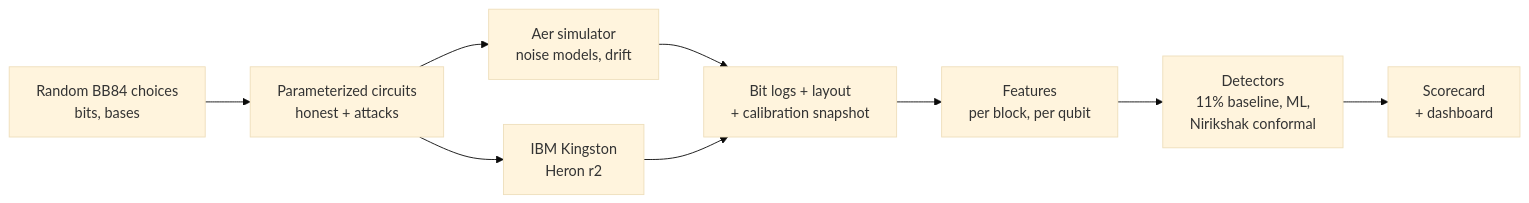
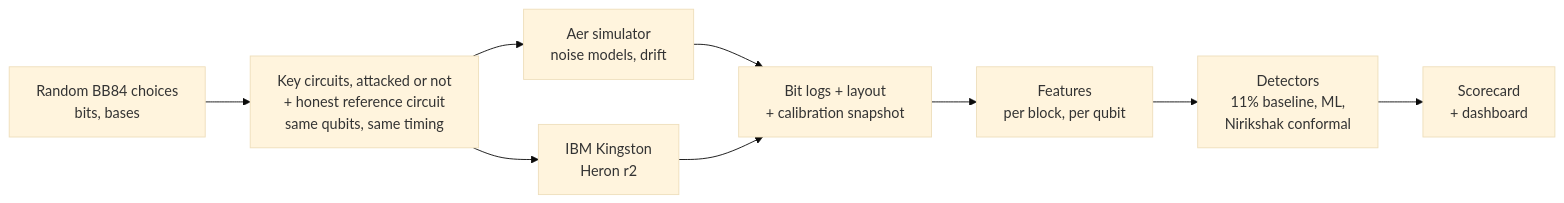
Before and after one commit to vtu-qiskit-fall-fest-2026/vtu-hc-essential-engineers: the diagram in README.md, drawn with Mermaid (base theme). The commit also changed other lines of this file and 6 other files, not shown here.

````diff
--- a/README.md
+++ b/README.md
@@ -114,11 +125,11 @@
 ```mermaid
 flowchart LR
-    A[Random BB84 choices<br/>bits, bases] --> B[Parameterized circuits<br/>honest + attacks]
+    A[Random BB84 choices<br/>bits, bases] --> B[Key circuits, attacked or not<br/>+ honest reference circuit<br/>same qubits, same timing]
     B --> C1[Aer simulator<br/>noise models, drift]
     B --> C2[IBM Kingston<br/>Heron r2]
     C1 --> D[Bit logs + layout<br/>+ calibration snapshot]
     C2 --> D
     D --> E[Features<br/>per block, per qubit]
     E --> F[Detectors<br/>11% baseline, ML,<br/>Nirikshak conformal]
     F --> G[Scorecard<br/>+ dashboard]
 ```
````
